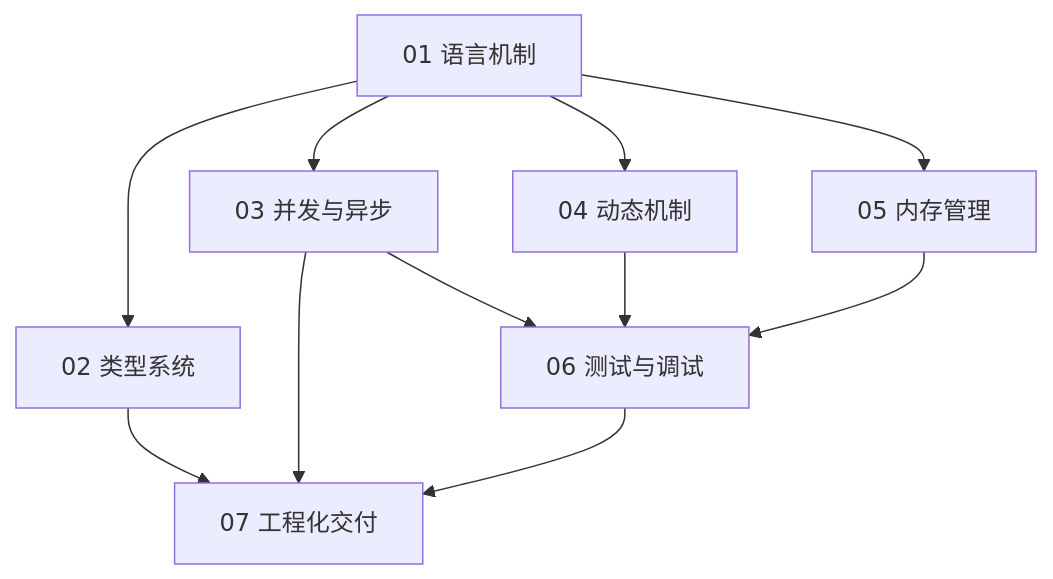
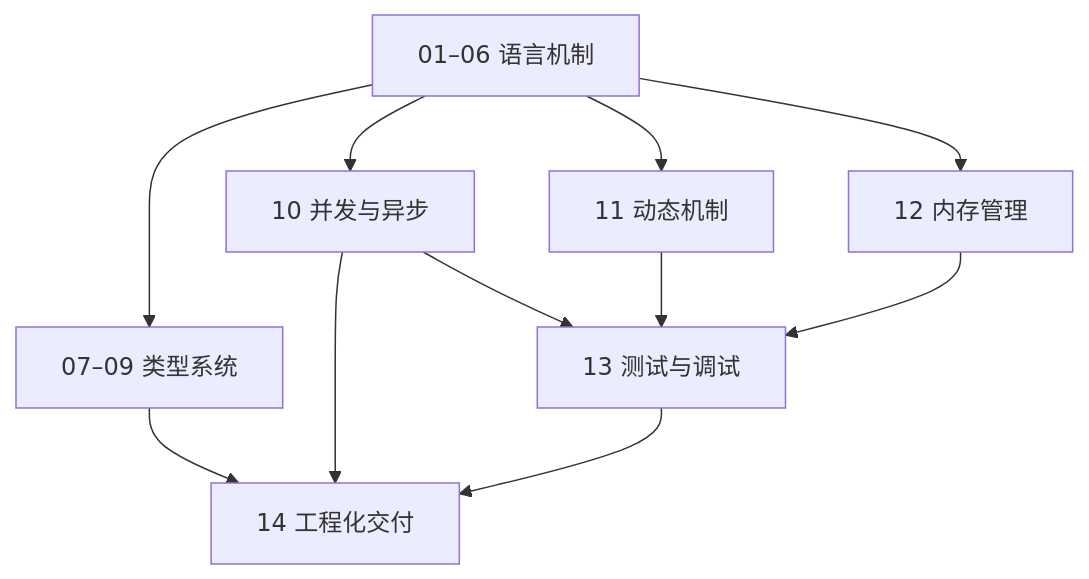
The first of 4 diagrams in slides/2026-01-30-python-for-ai-infra.md (arganzheng/arganzheng.github.com), drawn with Mermaid before and after one commit. The commit also changed other lines of this file and 2 other files, not shown here.

````diff
--- a/slides/2026-01-30-python-for-ai-infra.md
+++ b/slides/2026-01-30-python-for-ai-infra.md
@@ -38,12 +38,12 @@
 ```mermaid
 %%{init: {"flowchart": {"wrappingWidth": 190}}}%%
 flowchart TB
-    P1["01 语言机制"] --> P2["02 类型系统"]
-    P1 --> P3["03 并发与异步"]
-    P1 --> P4["04 动态机制"]
-    P1 --> P5["05 内存管理"]
-    P3 & P4 & P5 --> P6["06 测试与调试"]
-    P2 --> P7["07 工程化交付"]
+    P1["01–06 语言机制"] --> P2["07–09 类型系统"]
+    P1 --> P3["10 并发与异步"]
+    P1 --> P4["11 动态机制"]
+    P1 --> P5["12 内存管理"]
+    P3 & P4 & P5 --> P6["13 测试与调试"]
+    P2 --> P7["14 工程化交付"]
     P3 --> P7
     P6 --> P7
 ```
````
